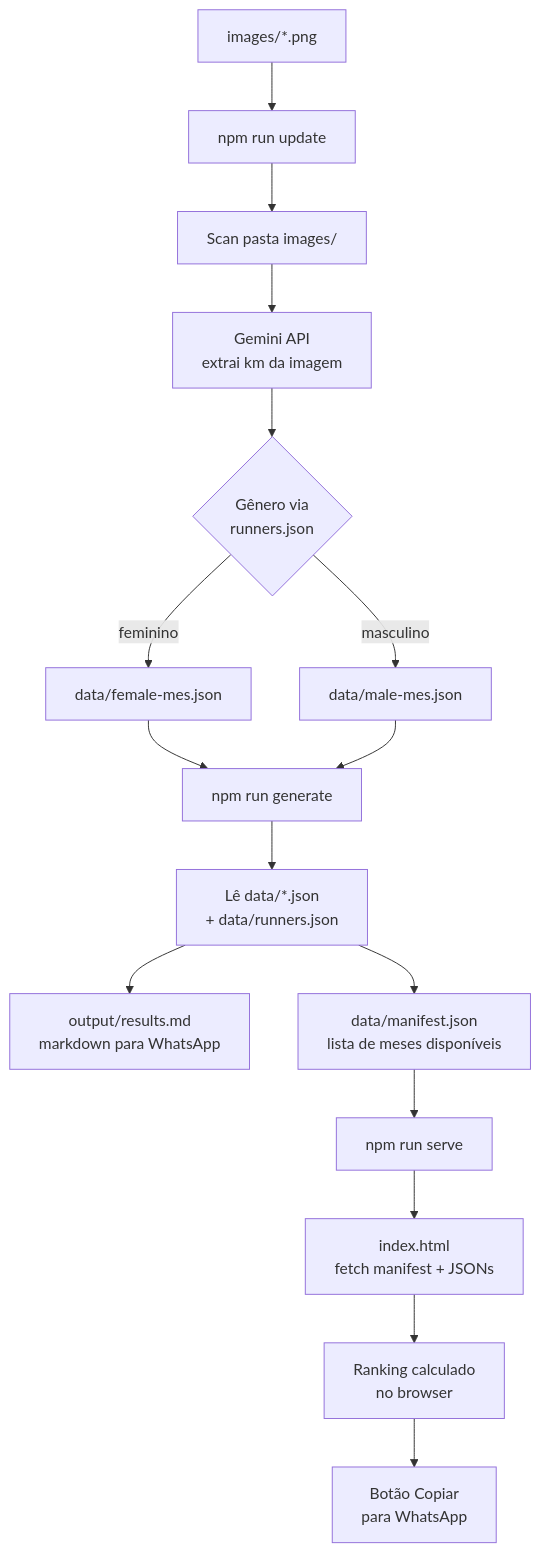
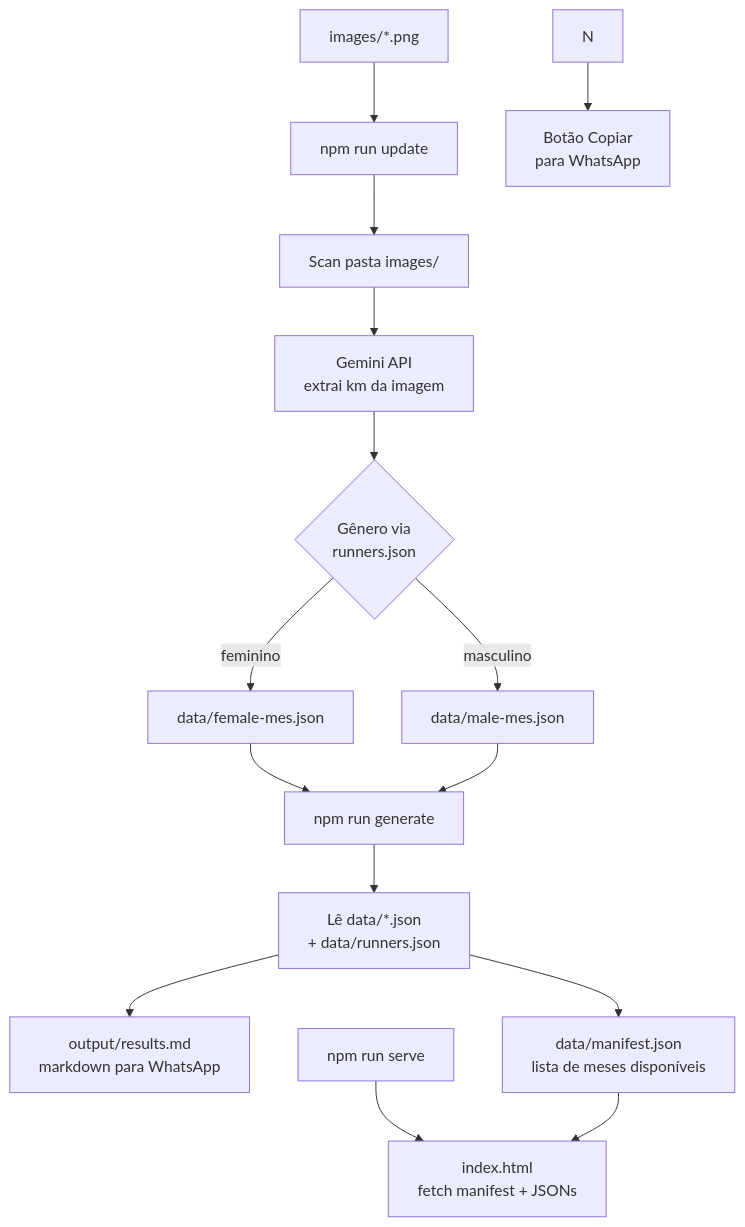
Before and after one commit to tcelestino/rt-ranking-endurance: the diagram in README.md, drawn with Mermaid. The commit also changed other lines of this file and 2 other files, not shown here.

````diff
--- a/README.md
+++ b/README.md
@@ -9,20 +9,19 @@
 ```mermaid
 flowchart TD
     A[images/*.png] --> B[npm run update]
     B --> C[Scan pasta images/]
     C --> D[Gemini API\nextrai km da imagem]
     D --> E{Gênero via\nrunners.json}
     E -->|feminino| F[data/female-mes.json]
     E -->|masculino| G[data/male-mes.json]
 
     F --> H[npm run generate]
     G --> H
     H --> I[Lê data/*.json\n+ data/runners.json]
     I --> J[output/results.md\nmarkdown para WhatsApp]
     I --> K[data/manifest.json\nlista de meses disponíveis]
 
-    K --> L[npm run serve]
-    L --> M[index.html\nfetch manifest + JSONs]
-    M --> N[Ranking calculado\nno browser]
+    L[npm run serve] --> M[index.html\nfetch manifest + JSONs]
+    K --> M
     N --> O[Botão Copiar\npara WhatsApp]
 ```
````
